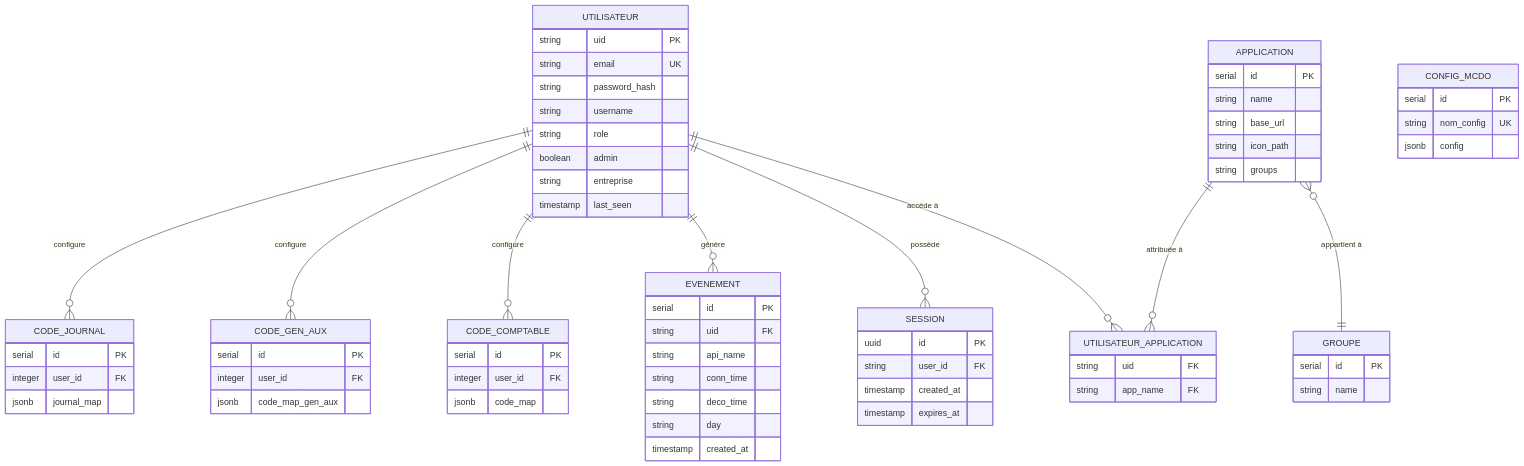
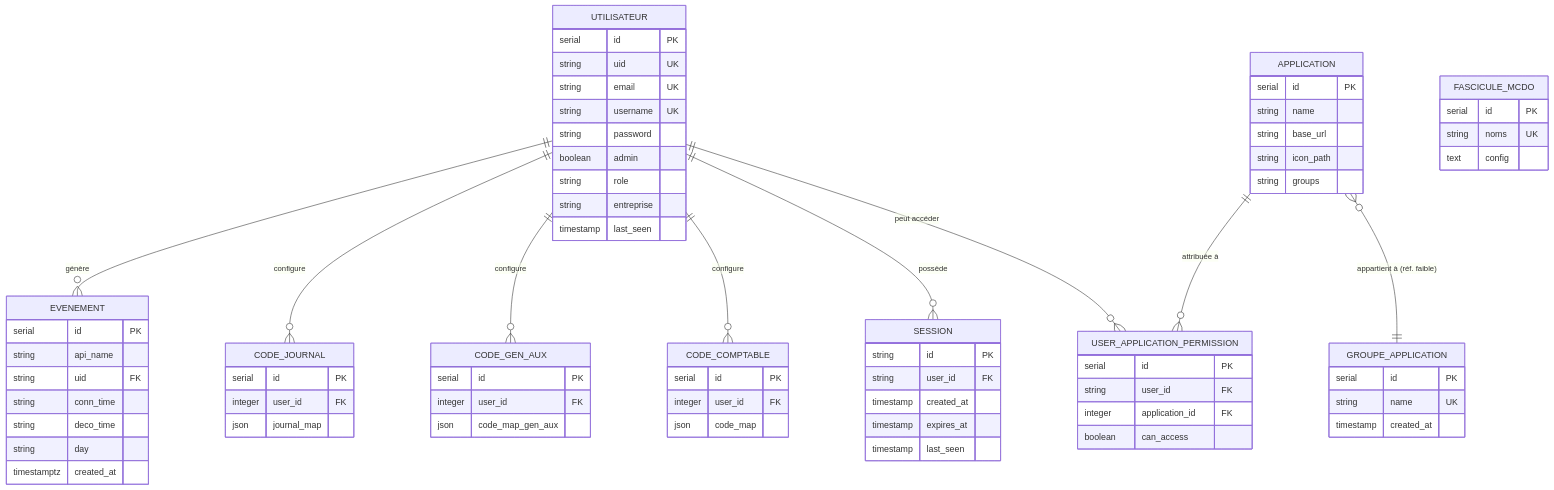
Before and after one commit to GwEnDoO27/Certif: the tenth of 11 diagrams in doc/diagrammes.md, drawn with Mermaid. The commit also changed other lines of this file and 8 other files, not shown here.

````diff
--- a/doc/diagrammes.md
+++ b/doc/diagrammes.md
@@ -571,21 +571,23 @@
 ```mermaid
 erDiagram
     UTILISATEUR {
-        string uid PK
+        serial id PK
+        string uid UK
         string email UK
-        string password_hash
-        string username
+        string username UK
+        string password
+        boolean admin
         string role
-        boolean admin
         string entreprise
         timestamp last_seen
     }
 
     SESSION {
-        uuid id PK
+        string id PK
         string user_id FK
         timestamp created_at
         timestamp expires_at
+        timestamp last_seen
     }
 
     APPLICATION {
@@ -596,56 +598,59 @@
         string groups
     }
 
-    UTILISATEUR_APPLICATION {
-        string uid FK
-        string app_name FK
+    USER_APPLICATION_PERMISSION {
+        serial id PK
+        string user_id FK
+        integer application_id FK
+        boolean can_access
     }
 
-    EVENEMENT {
+    GROUPE_APPLICATION {
         serial id PK
-        string uid FK
-        string api_name
-        string conn_time
-        string deco_time
-        string day
+        string name UK
         timestamp created_at
-    }
-
-    GROUPE {
-        serial id PK
-        string name
-    }
-
-    CONFIG_MCDO {
-        serial id PK
-        string nom_config UK
-        jsonb config
     }
 
     CODE_COMPTABLE {
         serial id PK
         integer user_id FK
-        jsonb code_map
+        json code_map
     }
 
     CODE_GEN_AUX {
         serial id PK
         integer user_id FK
-        jsonb code_map_gen_aux
+        json code_map_gen_aux
     }
 
     CODE_JOURNAL {
         serial id PK
         integer user_id FK
-        jsonb journal_map
+        json journal_map
+    }
+
+    EVENEMENT {
+        serial id PK
+        string api_name
+        string uid FK
+        string conn_time
+        string deco_time
+        string day
+        timestamptz created_at
+    }
+
+    FASCICULE_MCDO {
+        serial id PK
+        string noms UK
+        text config
     }
 
     UTILISATEUR ||--o{ SESSION : "possède"
-    UTILISATEUR ||--o{ UTILISATEUR_APPLICATION : "accède à"
-    APPLICATION ||--o{ UTILISATEUR_APPLICATION : "attribuée à"
-    UTILISATEUR ||--o{ EVENEMENT : "génère"
+    UTILISATEUR ||--o{ USER_APPLICATION_PERMISSION : "peut accéder"
+    APPLICATION ||--o{ USER_APPLICATION_PERMISSION : "attribuée à"
+    APPLICATION }o--|| GROUPE_APPLICATION : "appartient à (réf. faible)"
     UTILISATEUR ||--o{ CODE_COMPTABLE : "configure"
     UTILISATEUR ||--o{ CODE_GEN_AUX : "configure"
     UTILISATEUR ||--o{ CODE_JOURNAL : "configure"
-    APPLICATION }o--|| GROUPE : "appartient à"
+    UTILISATEUR ||--o{ EVENEMENT : "génère"
 ```
````
